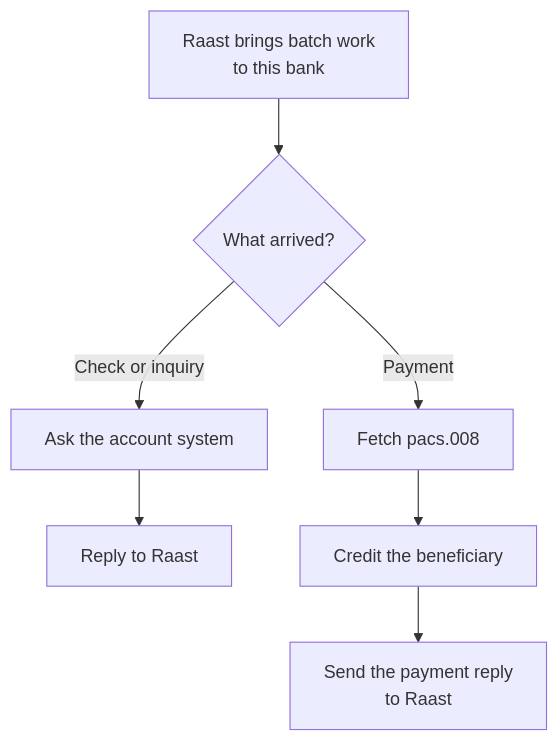
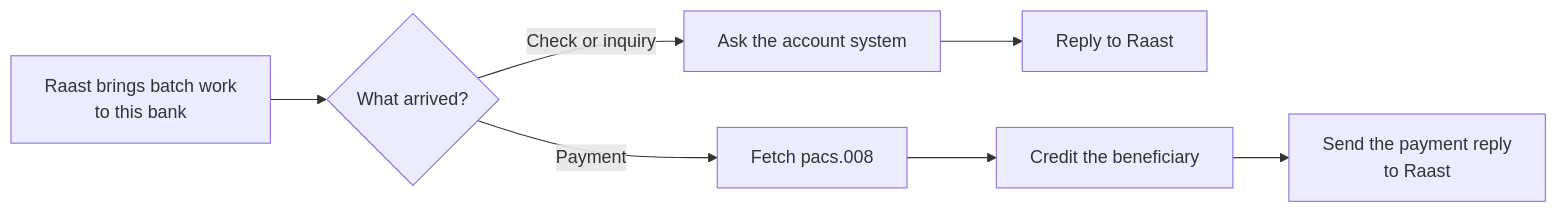
The third of 3 diagrams in modules/05-bulk-payments/05_Raast_Bulk_Receiving_Overview.md (HuzaifaTanzeel/raast-training-public), drawn with Mermaid before and after one commit. The commit also changed 2 other files, not shown here.

Commit message:
Lay the end-to-end flow diagrams out left to right.

````diff
--- a/modules/05-bulk-payments/05_Raast_Bulk_Receiving_Overview.md
+++ b/modules/05-bulk-payments/05_Raast_Bulk_Receiving_Overview.md
@@ -89,9 +89,9 @@
 ```mermaid
-flowchart TD
+flowchart LR
     A[Raast brings batch work<br/>to this bank] --> B{What arrived?}
     B -->|Check or inquiry| C[Ask the account system]
     C --> D[Reply to Raast]
     B -->|Payment| E[Fetch pacs.008]
     E --> F[Credit the beneficiary]
     F --> G[Send the payment reply<br/>to Raast]
 ```
````
